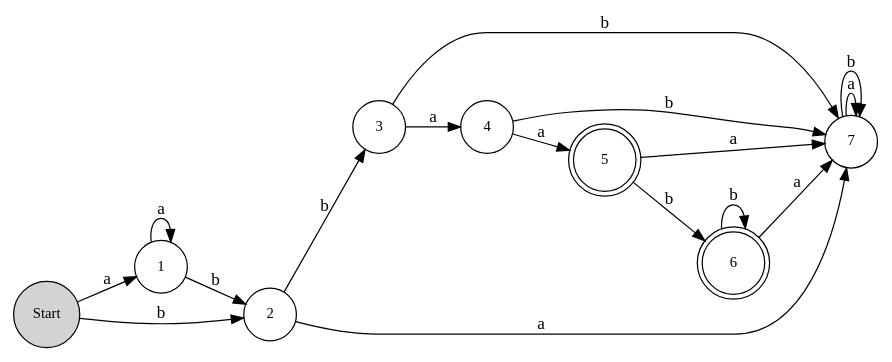
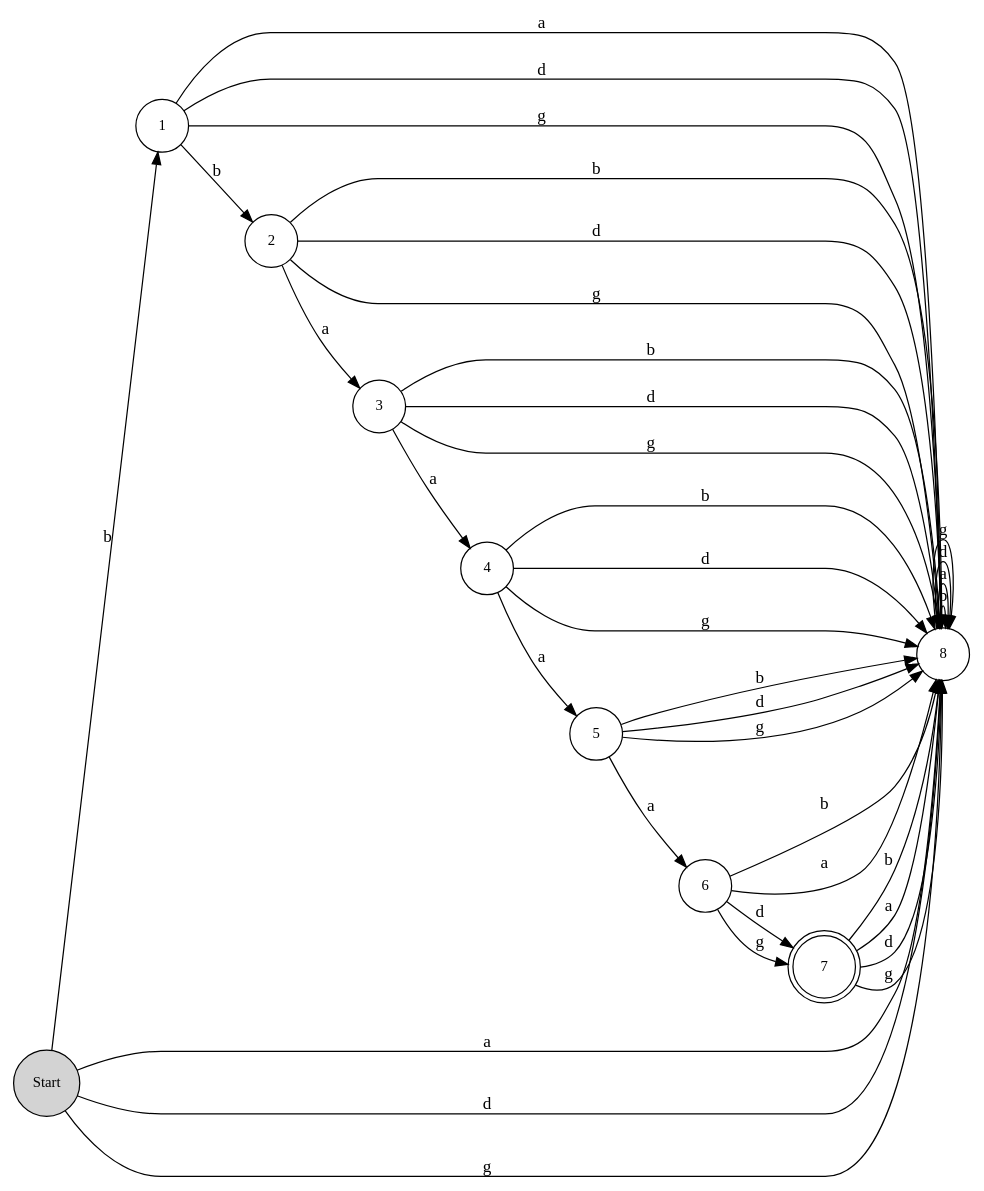
One commit to estebandonis/Proyecto1-TeoriaDeLaComputacion changed the diagram in pngs/dfa_graph.dot. Above: the diagram before and after it, drawn with Graphviz. The commit also changed 12 other files, not shown here.

```diff
--- a/pngs/dfa_graph.dot
+++ b/pngs/dfa_graph.dot
@@ -1,90 +1,153 @@
 digraph G {
-	graph [bb="0,0,252.29,252.42",
+	graph [bb="0,0,205.56,208.6",
 		rankdir=LR
 	];
 	node [label="\N"];
 	Start	[fontsize=12,
 		height=0.61168,
-		pos="142.59,22.02",
+		pos="115.76,22.02",
 		shape=circle,
 		style=filled,
 		width=0.61168];
 	1	[fontsize=12,
 		height=0.6,
-		pos="206.69,46.412",
+		pos="165.68,53.537",
 		width=0.6];
-	Start -> 1	[label=a,
-		lp="172.63,40.561",
-		pos="e,186.31,38.657 163.58,30.007 167.45,31.483 171.58,33.053 175.68,34.615"];
+	Start -> 1	[label=b,
+		lp="139.56,43.164",
+		pos="e,147.12,41.814 134.64,33.936 135.66,34.581 136.69,35.235 137.74,35.893"];
+	8	[fontsize=12,
+		height=0.6,
+		pos="102.7,104.81",
+		width=0.6];
+	Start -> 8	[label=a,
+		lp="94.963,64.475",
+		pos="e,94.295,84.6 101.42,39.011 97.83,48.934 95.316,61.751 94.509,73.438"];
+	Start -> 8	[label=d,
+		lp="118.79,68.294",
+		pos="e,116.92,88.17 124.18,42.603 124.54,53.148 122.98,66.116 120.15,77.484"];
+	Start -> 8	[label=g,
+		lp="106.71,66.276",
+		pos="e,106.12,83.137 112.26,44.207 110.92,52.694 109.36,62.565 107.9,71.846"];
 	2	[fontsize=12,
 		height=0.6,
-		pos="150.53,97.427",
+		pos="183.96,112",
 		width=0.6];
-	Start -> 2	[label=b,
-		lp="142.6,62.482",
-		pos="e,148.23,75.629 144.93,44.237 145.58,50.505 146.32,57.464 147.03,64.227"];
-	1 -> 1	[label=a,
-		lp="249.29,46.412",
-		pos="e,227.47,39.827 227.47,52.998 237.46,53.81 246.29,51.615 246.29,46.412 246.29,43.404 243.34,41.402 238.92,40.404"];
 	1 -> 2	[label=b,
-		lp="179.36,76.418",
-		pos="e,166.54,82.881 190.44,61.168 185.63,65.541 180.25,70.431 175.03,75.169"];
+		lp="176.5,85.601",
+		pos="e,177.49,91.291 172.18,74.314 172.8,76.296 173.44,78.334 174.08,80.388"];
+	1 -> 8	[label=a,
+		lp="127.82,74.324",
+		pos="e,109.67,84.299 144.12,56.237 135.32,60.894 125.52,68.216 117.51,75.911"];
+	1 -> 8	[label=d,
+		lp="143.06,76.822",
+		pos="e,124.45,102.01 158.67,74.108 152.37,81.721 143.29,89.778 134.2,96.035"];
+	1 -> 8	[label=g,
+		lp="135.08,83.95",
+		pos="e,119.62,91.033 148.81,67.278 142.45,72.451 135.08,78.454 128.11,84.121"];
 	3	[fontsize=12,
 		height=0.6,
-		pos="174.75,168.36",
+		pos="156.52,167.07",
 		width=0.6];
-	2 -> 3	[label=b,
-		lp="157.54,136.09",
-		pos="e,167.75,147.85 157.66,118.32 159.7,124.29 161.97,130.93 164.16,137.36"];
-	7	[fontsize=12,
-		height=0.6,
-		pos="103.65,159.84",
-		width=0.6];
-	2 -> 7	[label=a,
-		lp="133.42,132.45",
-		pos="e,116.64,142.54 137.47,114.81 133.1,120.63 128.13,127.25 123.37,133.58"];
+	2 -> 3	[label=a,
+		lp="169.78,142.68",
+		pos="e,166.24,147.56 174.21,131.57 173.28,133.44 172.32,135.36 171.36,137.29"];
+	2 -> 8	[label=b,
+		lp="153.56,104.91",
+		pos="e,122.36,94.944 166.54,98.893 157.01,96.116 144.92,94.525 133.84,94.436"];
+	2 -> 8	[label=d,
+		lp="151.39,129.42",
+		pos="e,120.33,117.98 164.51,121.85 154.64,122.91 142.46,122.35 131.53,120.49"];
+	2 -> 8	[label=g,
+		lp="145.61,117.16",
+		pos="e,124.53,106.74 162.18,110.07 154.08,109.36 144.68,108.53 135.79,107.74"];
 	4	[fontsize=12,
 		height=0.6,
-		pos="134.56,230.82",
+		pos="98.297,187",
 		width=0.6];
 	3 -> 4	[label=a,
-		lp="160.74,203.04",
-		pos="e,146.45,212.34 162.91,186.76 159.67,191.8 156.08,197.38 152.57,202.82"];
-	3 -> 7	[label=b,
-		lp="141.37,173.01",
-		pos="e,125.24,162.42 153.03,165.75 147.79,165.13 142.08,164.44 136.46,163.77"];
+		lp="129.81,183.44",
+		pos="e,118.92,179.94 135.83,174.15 133.86,174.83 131.83,175.52 129.78,176.22"];
+	3 -> 8	[label=b,
+		lp="139.15,123.86",
+		pos="e,123.57,111.36 153.03,145.41 147.97,136.56 140.14,126.74 132.03,118.81"];
+	3 -> 8	[label=d,
+		lp="120.58,156.42",
+		pos="e,106.16,126.41 135.59,160.48 127.57,154.2 118.98,145.04 112.31,135.86"];
+	3 -> 8	[label=g,
+		lp="129.74,148.25",
+		pos="e,116.79,121.11 142.1,150.39 136.58,144.01 130.16,136.58 124.13,129.6"];
 	5	[fontsize=12,
+		height=0.6,
+		pos="42.848,160.31",
+		width=0.6];
+	4 -> 5	[label=a,
+		lp="72.712,184.38",
+		pos="e,62.49,169.77 78.592,177.52 76.713,176.61 74.779,175.68 72.831,174.74"];
+	4 -> 8	[label=b,
+		lp="109.08,143.85",
+		pos="e,113.19,124 110.8,168.96 113.29,159.09 114.47,146.58 114.12,135.24"];
+	4 -> 8	[label=d,
+		lp="84.567,142.54",
+		pos="e,90.212,122.77 87.791,167.73 86.367,157.65 86.535,145.09 88.094,133.85"];
+	4 -> 8	[label=g,
+		lp="96.822,143.27",
+		pos="e,101.53,126.61 99.477,164.97 99.919,156.71 100.43,147.12 100.92,138.06"];
+	6	[fontsize=12,
+		height=0.6,
+		pos="21.6,102.86",
+		width=0.6];
+	5 -> 6	[label=a,
+		lp="31.193,128.66",
+		pos="e,29.127,123.21 35.297,139.9 34.577,137.95 33.836,135.95 33.089,133.93"];
+	5 -> 8	[label=b,
+		lp="73.71,153.56",
+		pos="e,96.995,125.79 64.263,156.17 72.866,150.86 82.334,142.77 89.906,134.45"];
+	5 -> 8	[label=d,
+		lp="57.015,119.05",
+		pos="e,81.346,108.92 48.594,139.27 54.53,131.09 63.314,122.26 72.185,115.34"];
+	5 -> 8	[label=g,
+		lp="65.342,128.07",
+		pos="e,86.615,119.73 58.887,145.44 64.924,139.84 71.931,133.34 78.547,127.21"];
+	7	[fontsize=12,
 		height=0.71111,
-		pos="62.254,220.73",
+		pos="41.574,47.306",
 		shape=doublecircle,
 		width=0.71111];
-	4 -> 5	[label=a,
-		lp="103.12,235.1",
-		pos="e,88.01,224.32 112.86,227.8 108.59,227.2 103.99,226.56 99.367,225.91"];
-	4 -> 7	[label=b,
-		lp="117.97,192.22",
-		pos="e,112.34,179.79 125.78,210.67 123.02,204.32 119.9,197.16 116.9,190.27"];
-	6	[fontsize=12,
-		height=0.71111,
-		pos="25.6,160.72",
-		shape=doublecircle,
-		width=0.71111];
-	5 -> 6	[label=b,
-		lp="50.285,187.36",
-		pos="e,39.039,182.72 48.814,198.72 47.568,196.69 46.291,194.59 45.006,192.49"];
-	5 -> 7	[label=a,
-		lp="77.874,185.09",
-		pos="e,91.311,177.99 76.733,199.43 79.408,195.5 82.237,191.33 85.015,187.25"];
-	6 -> 6	[label=b,
-		lp="72.575,160.72",
-		pos="e,50.69,154.01 50.69,167.43 60.754,167.81 69.2,165.57 69.2,160.72 69.2,157.91 66.377,155.98 62.051,154.93"];
-	6 -> 7	[label=a,
-		lp="58.107,168.57",
-		pos="e,81.686,160.08 51.59,160.42 57.687,160.36 64.265,160.28 70.624,160.21"];
-	7 -> 7	[label=a,
-		lp="146.25,159.84",
-		pos="e,125.24,156.51 125.24,163.16 134.9,163.47 143.25,162.37 143.25,159.84 143.25,158.41 140.61,157.44 136.58,156.92"];
-	7 -> 7	[label=b,
-		lp="164.63,159.84",
-		pos="e,124.92,154.12 124.92,165.56 142.69,168 161.25,166.09 161.25,159.84 161.25,154.9 149.69,152.67 136.09,153.15"];
+	6 -> 7	[label=d,
+		lp="38.496,76.325",
+		pos="e,39.416,73.045 34.808,85.314 35.018,84.826 35.227,84.333 35.434,83.836"];
+	6 -> 7	[label=g,
+		lp="19.443,71.902",
+		pos="e,26.848,68.526 22.589,80.921 22.737,80.41 22.89,79.898 23.047,79.383"];
+	6 -> 8	[label=b,
+		lp="52.833,101.75",
+		pos="e,81.457,110.31 42.341,109.35 50.771,110.26 60.716,110.72 70.075,110.66"];
+	6 -> 8	[label=a,
+		lp="59.511,89.14",
+		pos="e,81.746,98.3 42.629,97.376 51.093,96.87 61.048,96.895 70.394,97.403"];
+	7 -> 8	[label=b,
+		lp="53.909,78.645",
+		pos="e,80.788,106.12 43.602,72.943 49.731,83.287 60.22,93.875 70.966,100.85"];
+	7 -> 8	[label=a,
+		lp="79.047,68.824",
+		pos="e,102.67,82.864 67.286,47.768 77.985,53.255 89.193,63.08 96.807,73.381"];
+	7 -> 8	[label=d,
+		lp="70.476,77.106",
+		pos="e,91.339,85.95 64.192,60.011 70.546,65.272 77.373,71.534 83.509,77.702"];
+	7 -> 8	[label=g,
+		lp="68.426,86.46",
+		pos="e,83.179,94.623 55.634,69.109 61.272,75.129 67.938,81.562 74.468,87.311"];
+	8 -> 8	[label=b,
+		lp="145.67,104.81",
+		pos="e,124.69,103.14 124.69,106.48 134.17,106.62 142.3,106.06 142.3,104.81 142.3,104.13 139.87,103.65 136.12,103.39"];
+	8 -> 8	[label=a,
+		lp="199.3,104.81",
+		pos="e,124.32,100.5 124.32,109.12 156.28,113.45 196.3,112.02 196.3,104.81 196.3,98.421 164.84,96.569 135.42,99.253"];
+	8 -> 8	[label=d,
+		lp="181.67,104.81",
+		pos="e,124.37,101.1 124.37,108.53 149.35,111.17 178.3,109.93 178.3,104.81 178.3,100.46 157.31,98.911 135.65,100.18"];
+	8 -> 8	[label=g,
+		lp="163.67,104.81",
+		pos="e,124.56,101.91 124.56,107.71 142.15,108.87 160.3,107.91 160.3,104.81 160.3,102.39 149.22,101.28 135.99,101.46"];
 }
```
